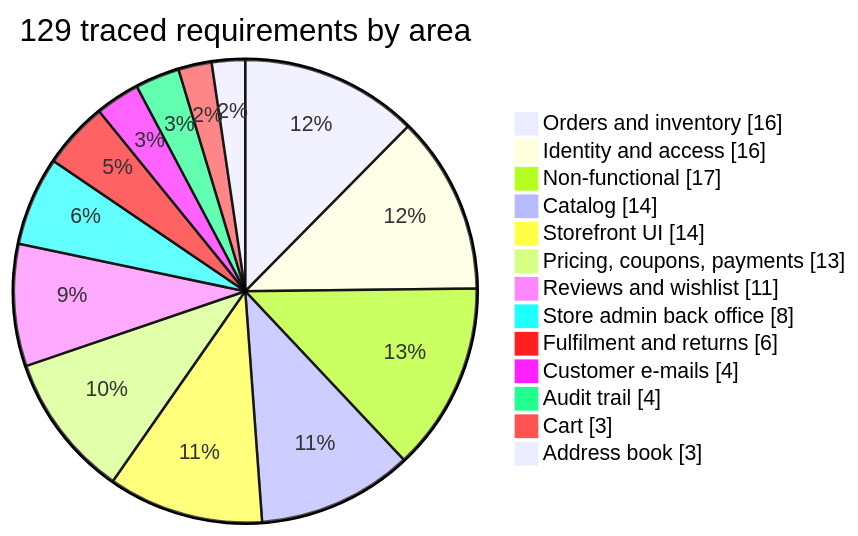
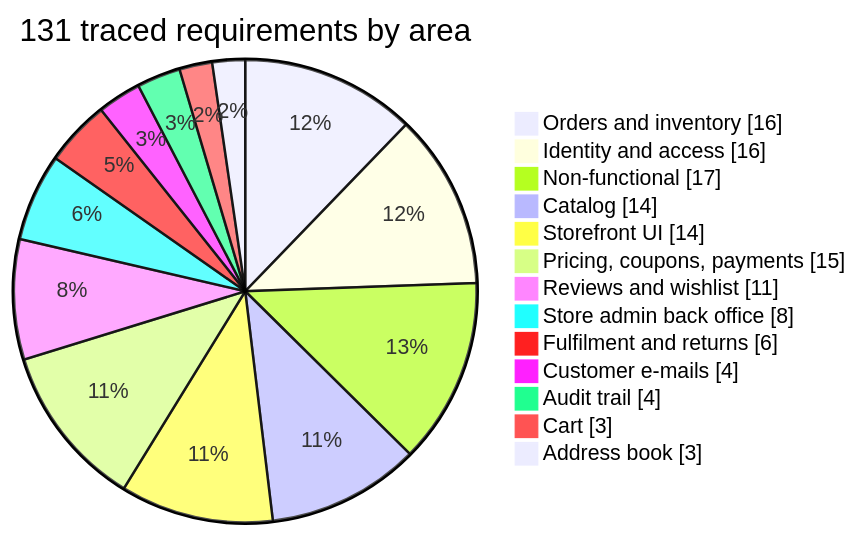
One commit to rbchy/RbcTcsWorld changed the second of 2 diagrams in README.md. Above: the diagram before and after it, drawn with Mermaid. The commit also changed other lines of this file and 38 other files, not shown here.

````diff
--- a/README.md
+++ b/README.md
@@ -53,17 +53,17 @@
 ```mermaid
 pie showData
-    title 129 traced requirements by area
+    title 131 traced requirements by area
     "Orders and inventory" : 16
     "Identity and access" : 16
     "Non-functional" : 17
     "Catalog" : 14
     "Storefront UI" : 14
-    "Pricing, coupons, payments" : 13
+    "Pricing, coupons, payments" : 15
     "Reviews and wishlist" : 11
     "Store admin back office" : 8
     "Fulfilment and returns" : 6
     "Customer e-mails" : 4
     "Audit trail" : 4
     "Cart" : 3
     "Address book" : 3
 ```
````
